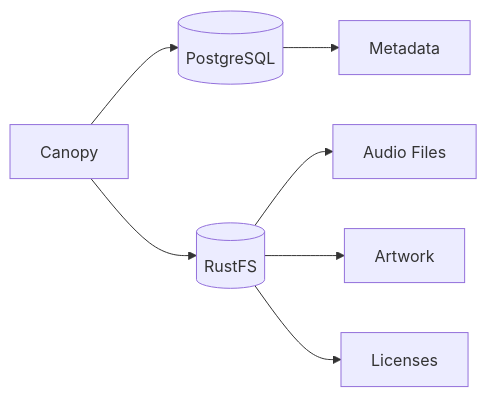
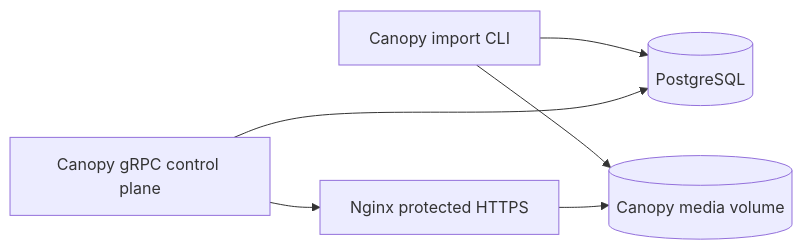
The third of 7 diagrams in README.md (adrianrusu16/Canopy), drawn with Mermaid before and after one commit. The commit also changed other lines of this file and 20 other files, not shown here.

````diff
--- a/README.md
+++ b/README.md
@@ -323,17 +333,13 @@
 ```mermaid
 flowchart LR
-
-    CAN[Canopy]
-
+    IMPORT[Canopy import CLI]
+    CAN[Canopy gRPC control plane]
     DB[(PostgreSQL)]
-    FS[(RustFS)]
-
+    NGINX[Nginx protected HTTPS]
+    MEDIA[(Canopy media volume)]
+    IMPORT --> MEDIA
+    IMPORT --> DB
     CAN --> DB
-    CAN --> FS
-
-    DB --> META[Metadata]
-
-    FS --> AUDIO[Audio Files]
-    FS --> ART[Artwork]
-    FS --> LIC[Licenses]
+    CAN --> NGINX
+    NGINX --> MEDIA
 ```
````
